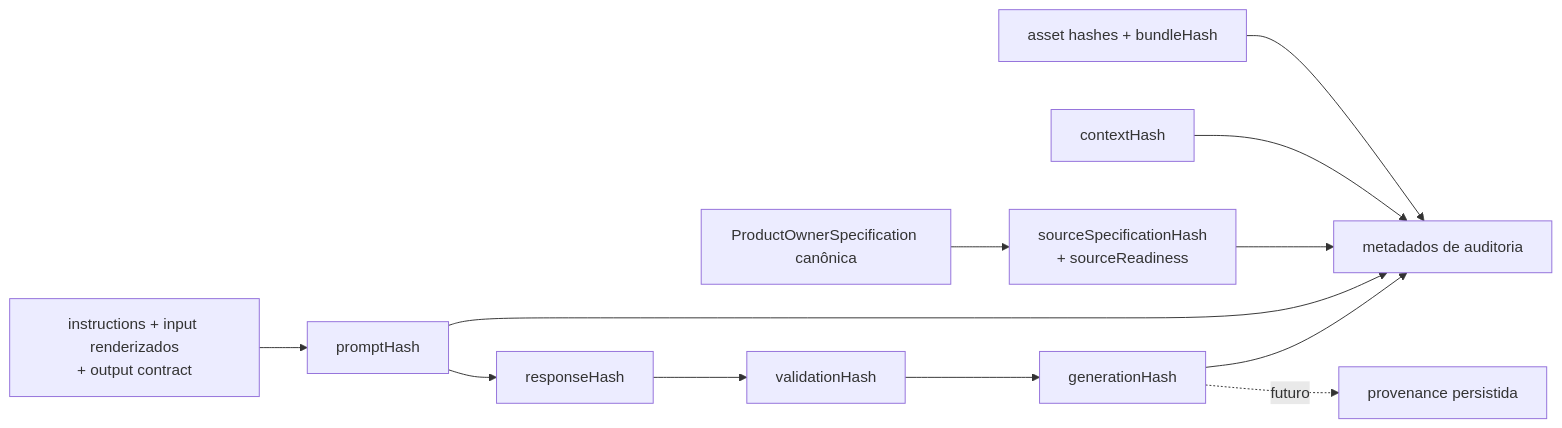
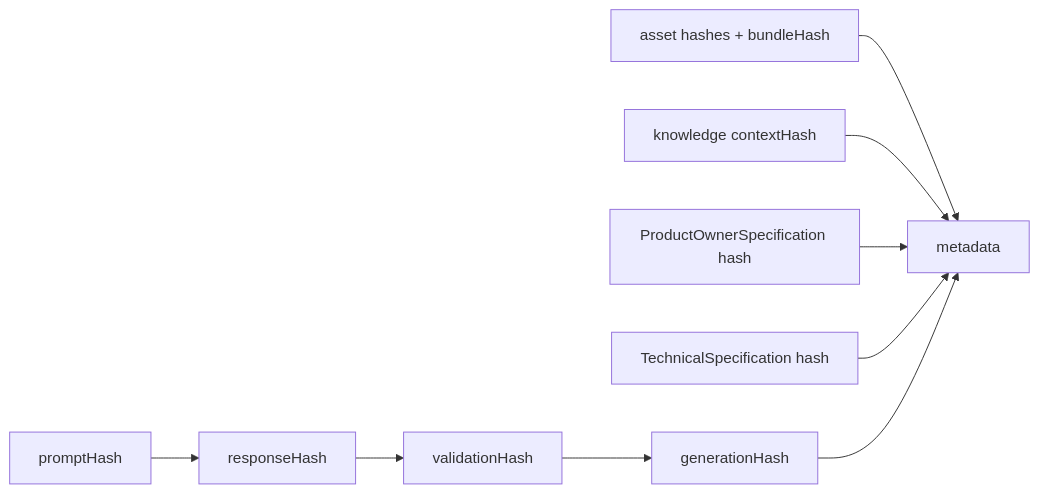
The fifth of 5 diagrams in knowledge/33-PIPELINE_OVERVIEW.md (felipet66/brq-ai-factory), drawn with Mermaid before and after one commit. The commit also changed other lines of this file and 68 other files, not shown here.

````diff
--- a/knowledge/33-PIPELINE_OVERVIEW.md
+++ b/knowledge/33-PIPELINE_OVERVIEW.md
@@ -243,14 +138,11 @@
 ```mermaid
 flowchart LR
-    PAYLOAD["instructions + input renderizados<br/>+ output contract"] --> PROMPTHASH["promptHash"]
-    ASSETHASH["asset hashes + bundleHash"] --> AUDIT["metadados de auditoria"]
-    KNOWHASH["contextHash"] --> AUDIT
-    POSOURCE2["ProductOwnerSpecification canônica"] --> SOURCEHASH["sourceSpecificationHash<br/>+ sourceReadiness"]
-    SOURCEHASH --> AUDIT
-    PROMPTHASH --> RESPONSEHASH["responseHash"]
+    ASSETHASH["asset hashes + bundleHash"] --> AUDIT["metadata"]
+    KNOWHASH["knowledge contextHash"] --> AUDIT
+    POHASH["ProductOwnerSpecification hash"] --> AUDIT
+    TECHHASH["TechnicalSpecification hash"] --> AUDIT
+    PROMPTHASH["promptHash"] --> RESPONSEHASH["responseHash"]
     RESPONSEHASH --> VALIDATIONHASH["validationHash"]
     VALIDATIONHASH --> GENERATIONHASH["generationHash"]
-    PROMPTHASH --> AUDIT
     GENERATIONHASH --> AUDIT
-    GENERATIONHASH -.->|"futuro"| PROVENANCE["provenance persistida"]
 ```
````
